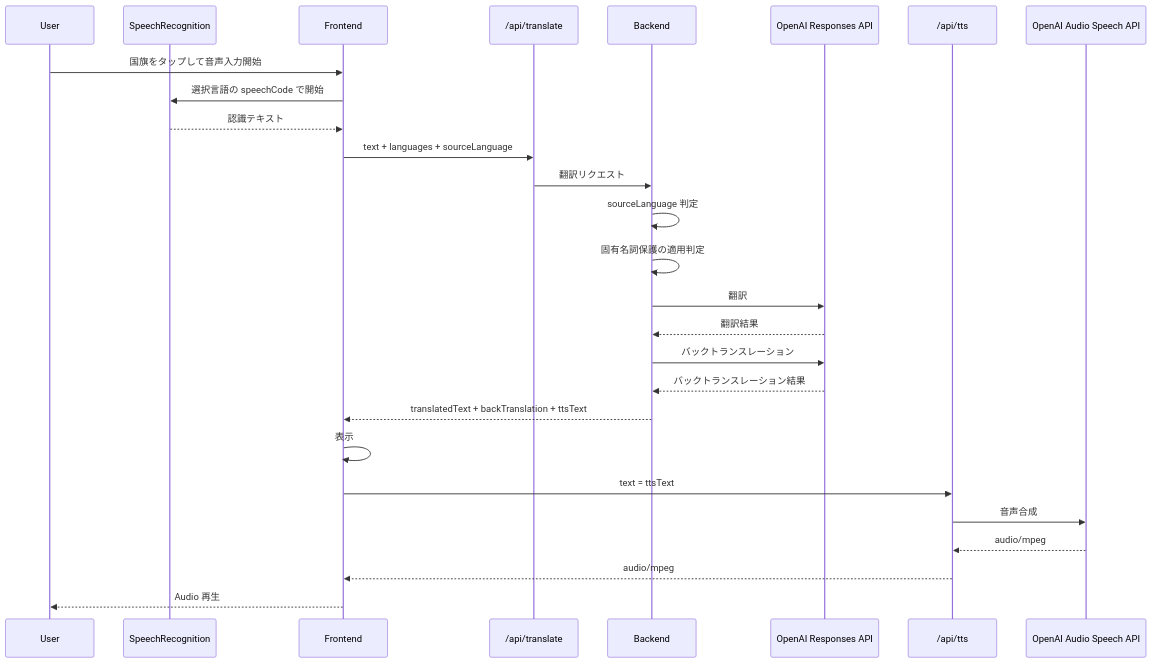
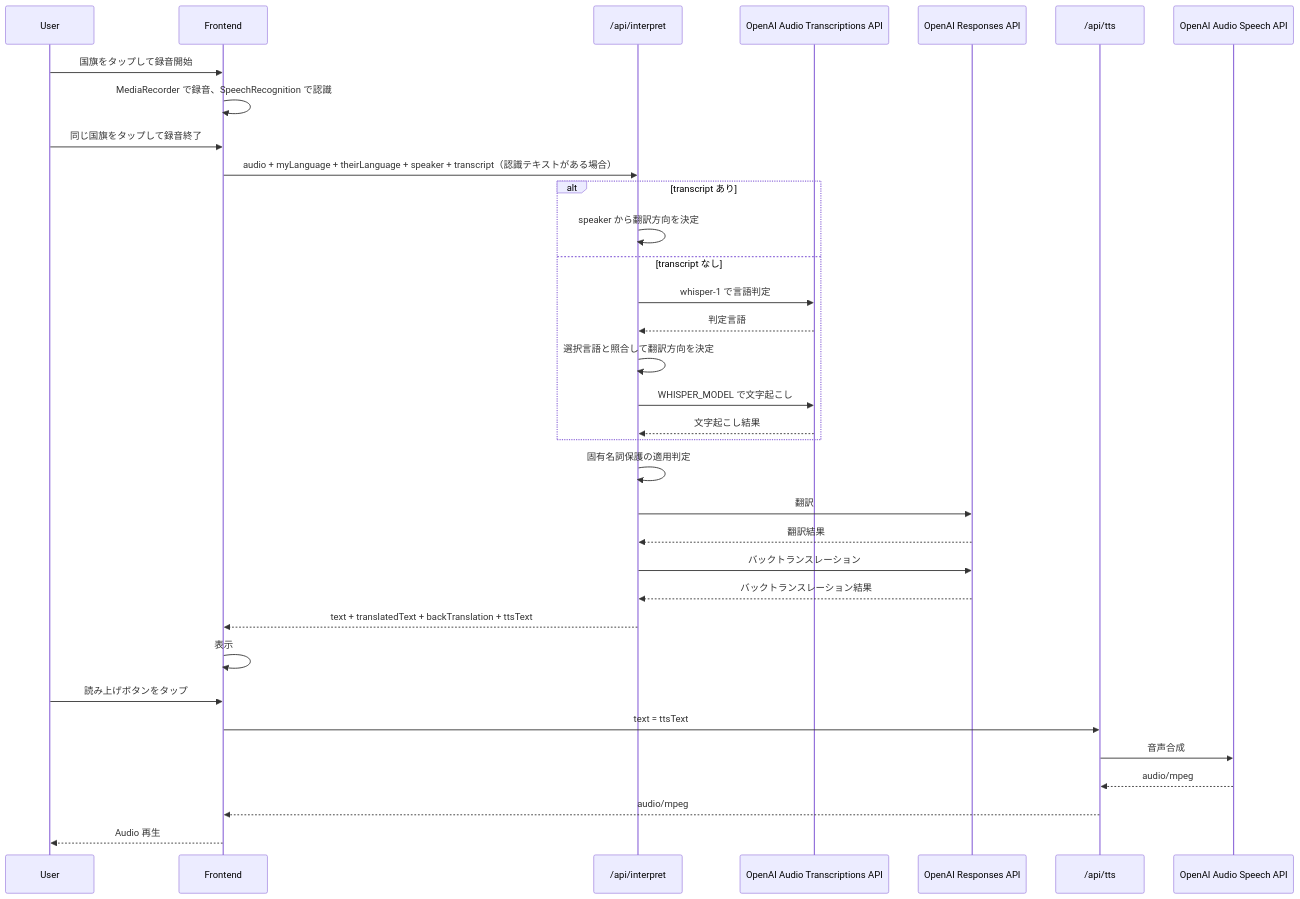
The diagram in docs/translation-flow.md (shin-arita/gotalk), drawn with Mermaid before and after one commit. The commit also changed other lines of this file and 12 other files, not shown here.

First line of the commit message:
docs: ドキュメントを現行実装（/api/interpret 構成）に合わせて修正 (#14)

````diff
--- a/docs/translation-flow.md
+++ b/docs/translation-flow.md
@@ -13,30 +21,37 @@
 ```mermaid
 sequenceDiagram
   participant User
-  participant SR as SpeechRecognition
   participant FE as Frontend
-  participant TR as /api/translate
-  participant BE as Backend
+  participant IN as /api/interpret
+  participant WH as OpenAI Audio Transcriptions API
   participant OA as OpenAI Responses API
   participant TTSAPI as /api/tts
   participant Speech as OpenAI Audio Speech API
 
-  User->>FE: 国旗をタップして音声入力開始
-  FE->>SR: 選択言語の speechCode で開始
-  SR-->>FE: 認識テキスト
-  FE->>TR: text + languages + sourceLanguage
-  TR->>BE: 翻訳リクエスト
-  BE->>BE: sourceLanguage 判定
-  BE->>BE: 固有名詞保護の適用判定
-  BE->>OA: 翻訳
-  OA-->>BE: 翻訳結果
-  BE->>OA: バックトランスレーション
-  OA-->>BE: バックトランスレーション結果
-  BE-->>FE: translatedText + backTranslation + ttsText
+  User->>FE: 国旗をタップして録音開始
+  FE->>FE: MediaRecorder で録音、SpeechRecognition で認識
+  User->>FE: 同じ国旗をタップして録音終了
+  FE->>IN: audio + myLanguage + theirLanguage + speaker + transcript（認識テキストがある場合）
+  alt transcript あり
+    IN->>IN: speaker から翻訳方向を決定
+  else transcript なし
+    IN->>WH: whisper-1 で言語判定
+    WH-->>IN: 判定言語
+    IN->>IN: 選択言語と照合して翻訳方向を決定
+    IN->>WH: WHISPER_MODEL で文字起こし
+    WH-->>IN: 文字起こし結果
+  end
+  IN->>IN: 固有名詞保護の適用判定
+  IN->>OA: 翻訳
+  OA-->>IN: 翻訳結果
+  IN->>OA: バックトランスレーション
+  OA-->>IN: バックトランスレーション結果
+  IN-->>FE: text + translatedText + backTranslation + ttsText
   FE->>FE: 表示
+  User->>FE: 読み上げボタンをタップ
   FE->>TTSAPI: text = ttsText
   TTSAPI->>Speech: 音声合成
   Speech-->>TTSAPI: audio/mpeg
   TTSAPI-->>FE: audio/mpeg
   FE-->>User: Audio 再生
 ```
````
